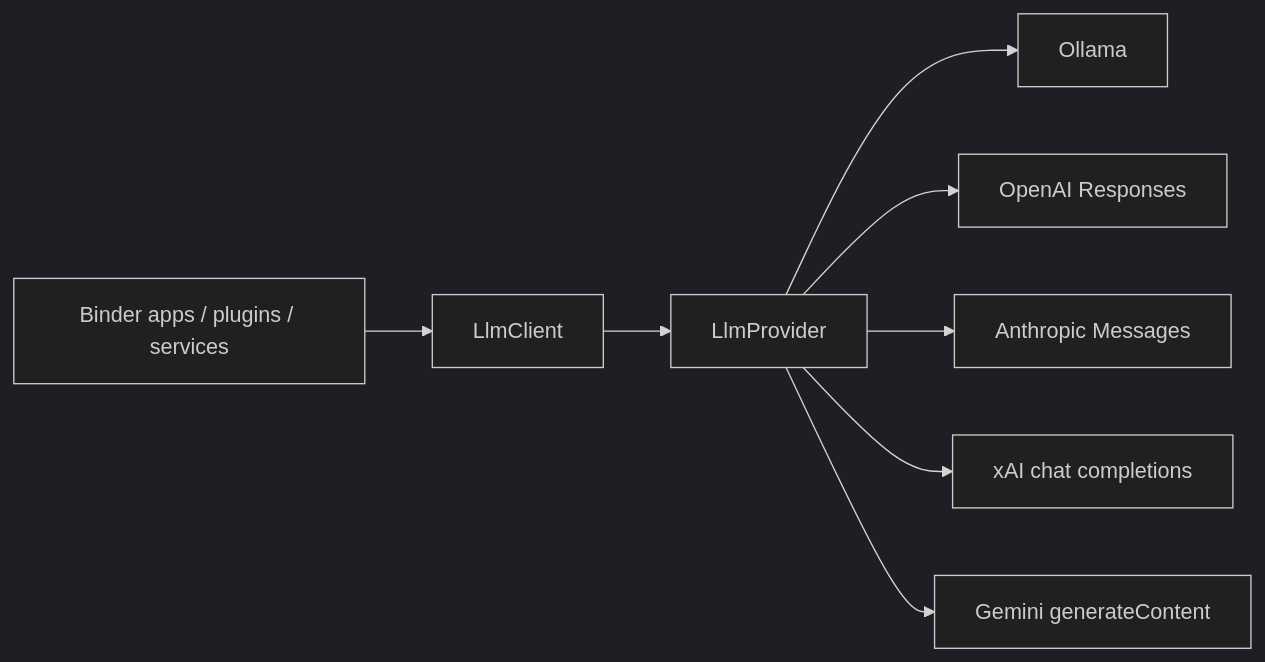
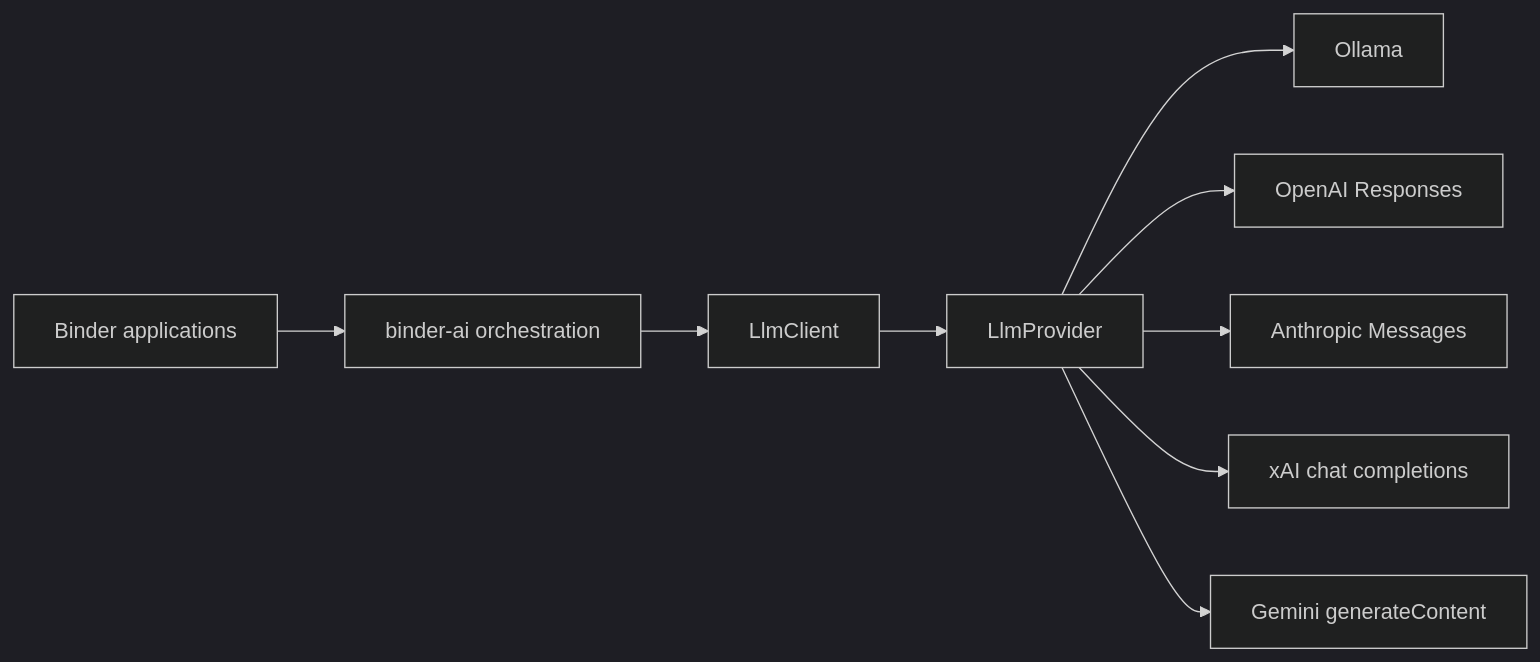
One commit to dpkimball/binder-llm changed the diagram in docs/as-built/architecture.md. Above: the diagram before and after it, drawn with Mermaid (dark theme). The commit also changed other lines of this file and 4 other files, not shown here.

````diff
--- a/docs/as-built/architecture.md
+++ b/docs/as-built/architecture.md
@@ -5,18 +7,19 @@
 ```mermaid
 flowchart LR
-  app[Binder apps / plugins / services]
+  apps[Binder applications]
+  ai[binder-ai orchestration]
   client[LlmClient]
   trait[LlmProvider]
   ollama[Ollama]
   openai[OpenAI Responses]
   anthropic[Anthropic Messages]
   xai[xAI chat completions]
   gemini[Gemini generateContent]
 
-  app --> client --> trait
+  apps --> ai --> client --> trait
   trait --> ollama
   trait --> openai
   trait --> anthropic
   trait --> xai
   trait --> gemini
 ```
````
